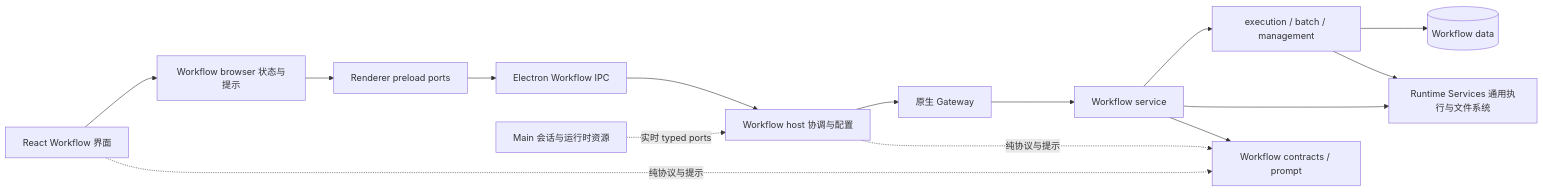
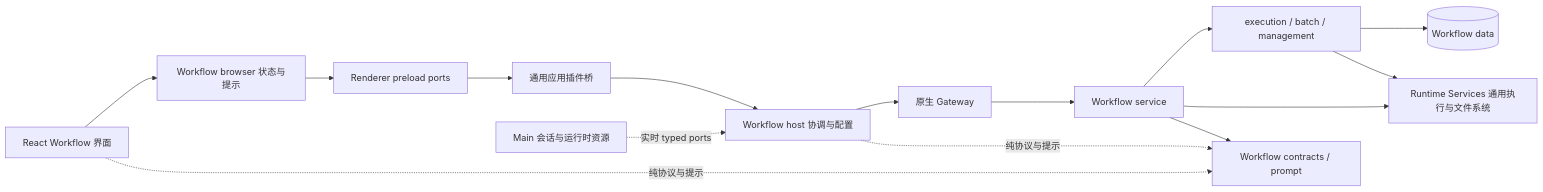
One commit to liangxhao/JustDo changed the first of 4 diagrams in docs/features/workflow/swarm-workflow.md. Above: the diagram before and after it, drawn with Mermaid. The commit also changed other lines of this file and 535 other files, not shown here.

````diff
--- a/docs/features/workflow/swarm-workflow.md
+++ b/docs/features/workflow/swarm-workflow.md
@@ -25,17 +27,17 @@
 ```mermaid
 flowchart LR
   UI[React Workflow 界面] --> Browser[Workflow browser 状态与提示]
   Browser --> Port[Renderer preload ports]
-  Port --> IPC[Electron Workflow IPC]
+  Port --> IPC[通用应用插件桥]
   IPC --> Host[Workflow host 协调与配置]
   Main[Main 会话与运行时资源] -.实时 typed ports.-> Host
   Host --> Gateway[原生 Gateway]
   Gateway --> Service[Workflow service]
   Service --> Execution[execution / batch / management]
   Execution --> Data[(Workflow data)]
   Service --> Runtime[Runtime Services 通用执行与文件系统]
   Execution --> Runtime
   UI -.纯协议与提示.-> Contracts[Workflow contracts / prompt]
   Host -.纯协议与提示.-> Contracts
   Service --> Contracts
 ```
````
